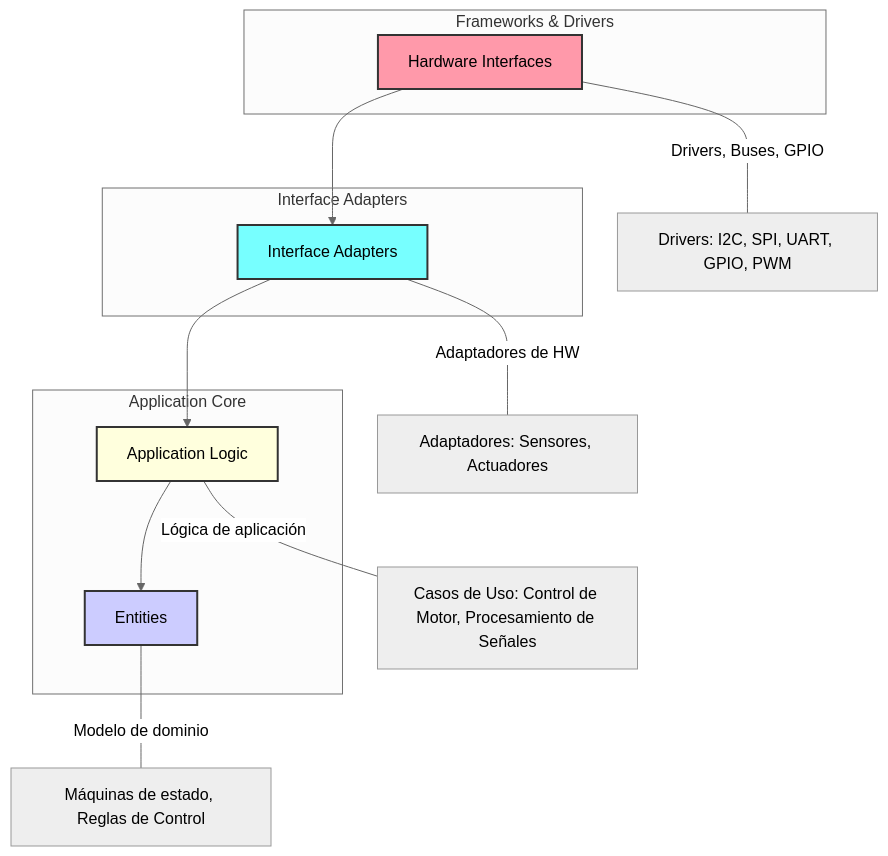
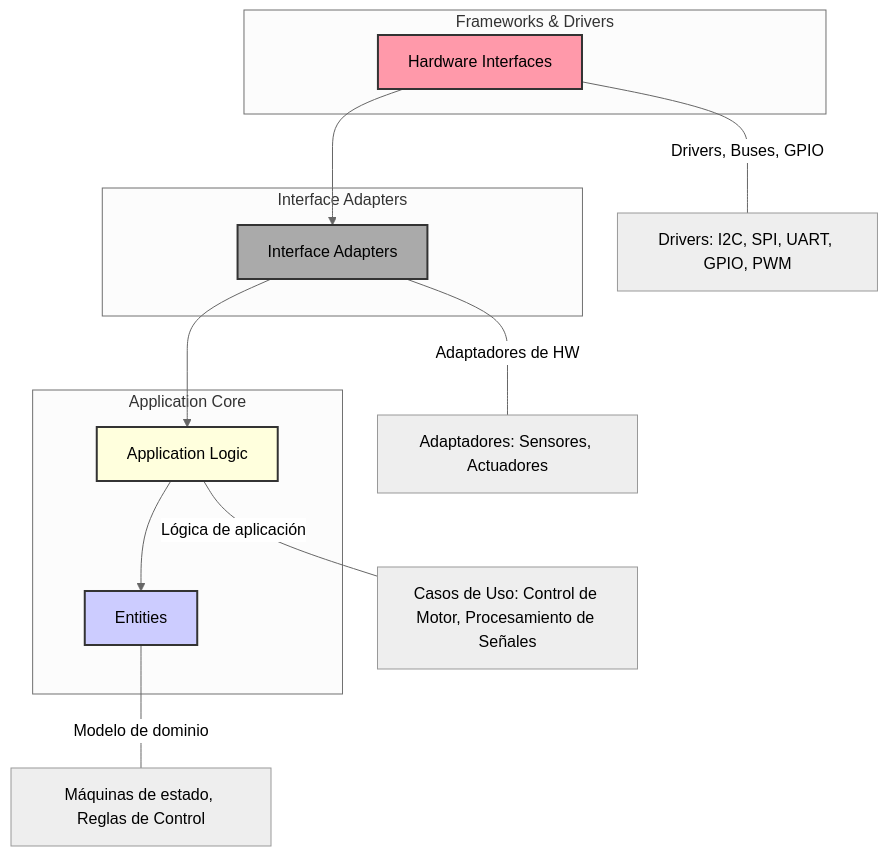
One commit to carloscodingalchemy/Buenas-practicas-en-el-desarrollo-con-C-Cpp changed the first of 8 diagrams in Tema 14/README.md. Above: the diagram before and after it, drawn with Mermaid (neutral theme). The commit also changed other lines of this file and 4 other files, not shown here.

````diff
--- a/Tema 14/README.md
+++ b/Tema 14/README.md
@@ -15,33 +15,33 @@
 ```mermaid
 graph TB
     %% Definir los nodos principales como círculos concéntricos
     classDef outer fill:#f9a,stroke:#333,stroke-width:2px;
-    classDef middle fill:#7ff,stroke:#333,stroke-width:2px;
+    classDef middle fill:#aaa,stroke:#333,stroke-width:2px;
     classDef inner fill:#ffd,stroke:#333,stroke-width:2px;
     classDef core fill:#ccf,stroke:#333,stroke-width:2px;
 
     %% Capa Externa: Frameworks & Drivers
     Hardware["Hardware Interfaces"]:::outer --> Adapters["Interface Adapters"]:::middle
     Adapters --> AppCore["Application Logic"]:::inner
     AppCore --> Entities["Entities"]:::core
 
     %% Descripción de capas
     Hardware --- |Drivers, Buses, GPIO| H1["Drivers: I2C, SPI, UART, GPIO, PWM"]
     Adapters --- |Adaptadores de HW| H2["Adaptadores: Sensores, Actuadores"]
     AppCore --- |Lógica de aplicación| H3["Casos de Uso: Control de Motor, Procesamiento de Señales"]
     Entities --- |Modelo de dominio| H4["Máquinas de estado, Reglas de Control"]
 
     %% Subgrupos para más claridad
     subgraph Frameworks & Drivers
         Hardware
     end
 
     subgraph Interface Adapters
         Adapters
     end
 
     subgraph Application Core
         AppCore
         Entities
     end
 ```
````
